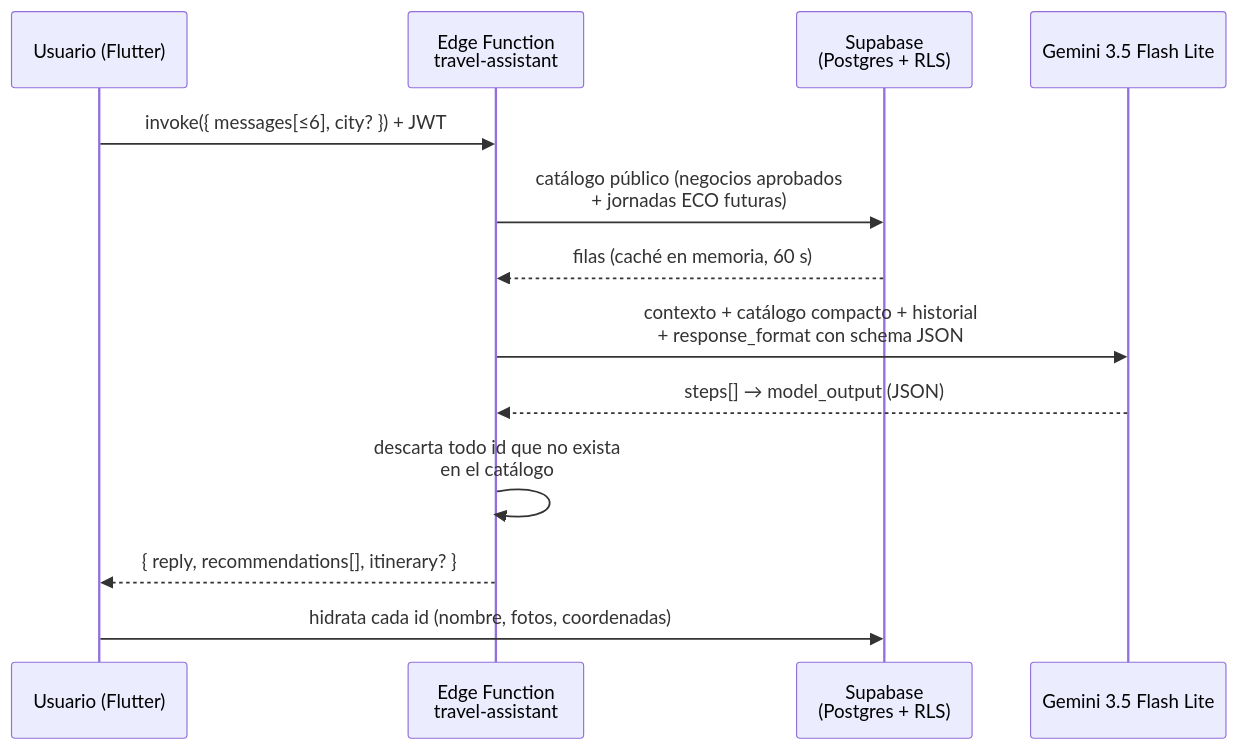
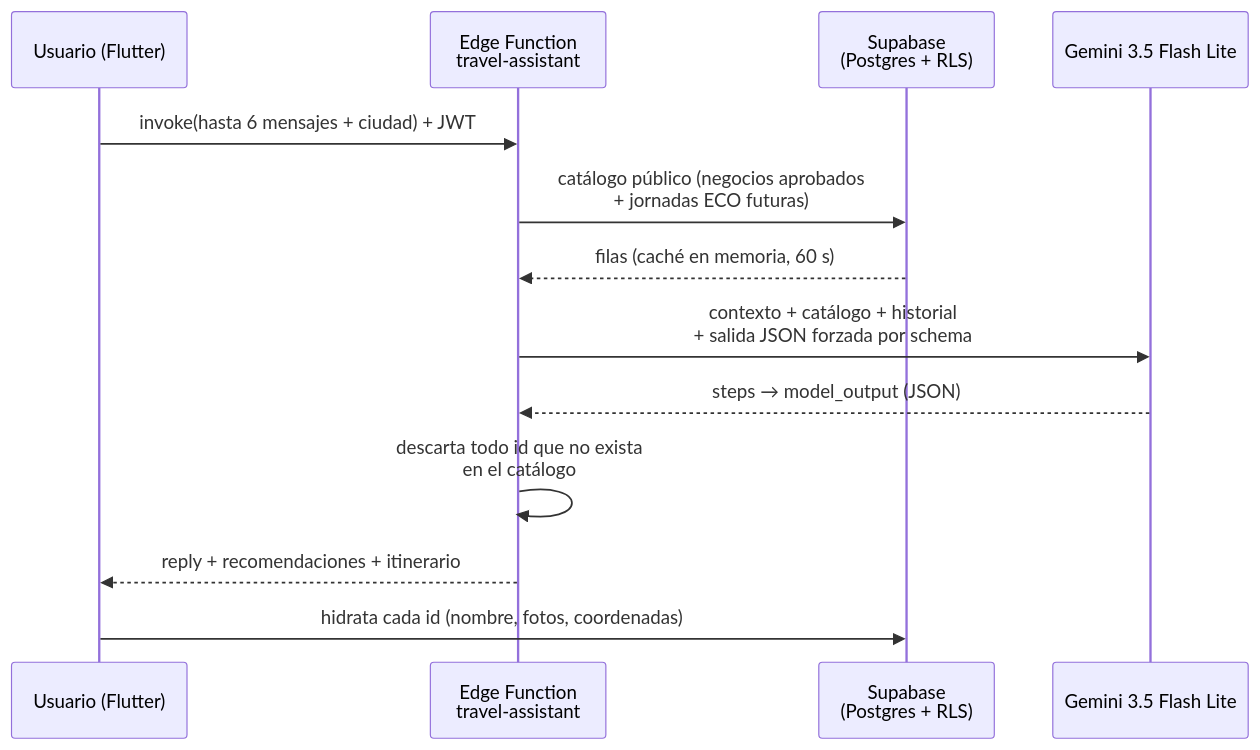
The first of 2 diagrams in README.md (JaBaca67/Nikara-Hackathonic), drawn with Mermaid before and after one commit. The commit also changed other lines of this file, not shown here.

Commit message:
Actualiza README

````diff
--- a/README.md
+++ b/README.md
@@ -193,16 +193,16 @@
 ```mermaid
 sequenceDiagram
     participant U as Usuario (Flutter)
     participant F as Edge Function<br/>travel-assistant
     participant S as Supabase<br/>(Postgres + RLS)
     participant G as Gemini 3.5 Flash Lite
 
-    U->>F: invoke({ messages[≤6], city? }) + JWT
+    U->>F: invoke(hasta 6 mensajes + ciudad) + JWT
     F->>S: catálogo público (negocios aprobados<br/>+ jornadas ECO futuras)
     S-->>F: filas (caché en memoria, 60 s)
-    F->>G: contexto + catálogo compacto + historial<br/>+ response_format con schema JSON
-    G-->>F: steps[] → model_output (JSON)
+    F->>G: contexto + catálogo + historial<br/>+ salida JSON forzada por schema
+    G-->>F: steps → model_output (JSON)
     F->>F: descarta todo id que no exista<br/>en el catálogo
-    F-->>U: { reply, recommendations[], itinerary? }
+    F-->>U: reply + recomendaciones + itinerario
     U->>S: hidrata cada id (nombre, fotos, coordenadas)
 ```
````
